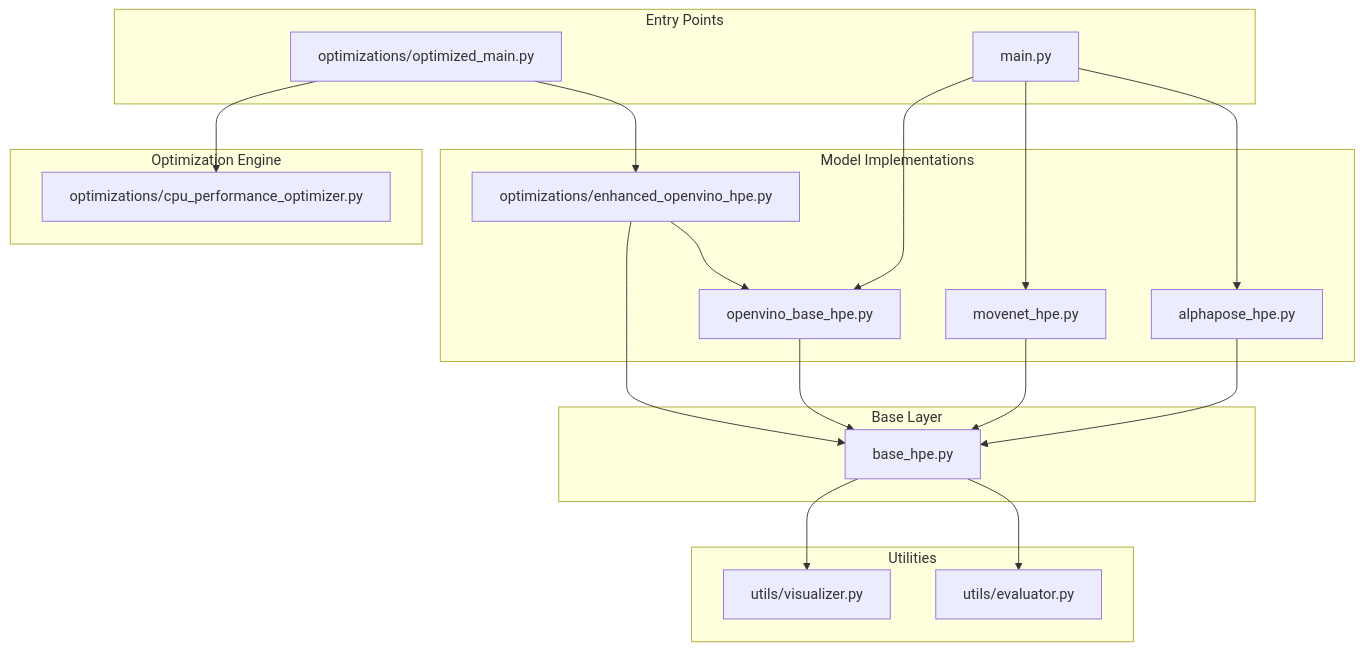
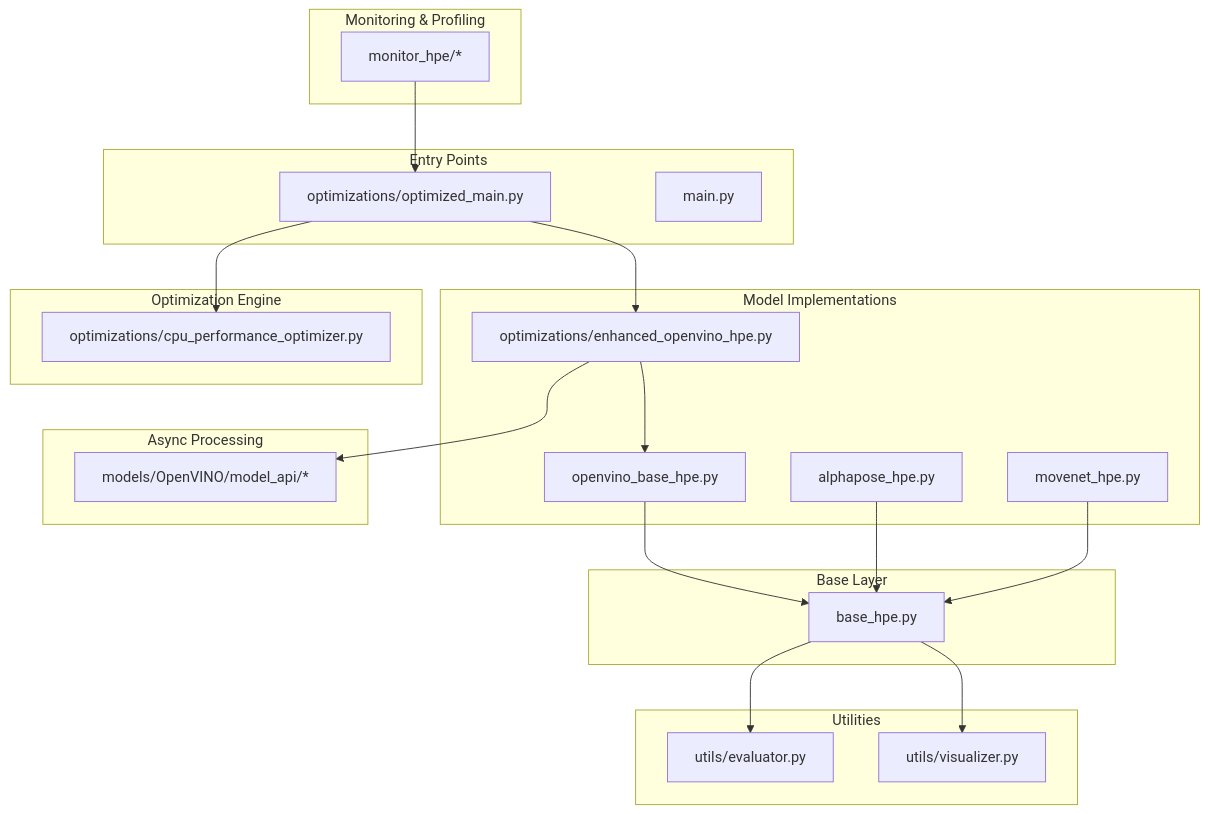
One commit to Fogus-Gr/MeasurementsDTs changed the first of 10 diagrams in .qoder/repowiki/en/content/Performance Optimization/Model Optimization.md. Above: the diagram before and after it, drawn with Mermaid. The commit also changed other lines of this file and 14 other files, not shown here.

````diff
--- a/.qoder/repowiki/en/content/Performance Optimization/Model Optimization.md
+++ b/.qoder/repowiki/en/content/Performance Optimization/Model Optimization.md
@@ -41,35 +56,39 @@
 ```mermaid
 graph TB
 subgraph "Entry Points"
 OM["optimizations/optimized_main.py"]
 MM["main.py"]
 end
 subgraph "Base Layer"
 BH["base_hpe.py"]
 end
 subgraph "Model Implementations"
 AP["alphapose_hpe.py"]
 MN["movenet_hpe.py"]
 OV["openvino_base_hpe.py"]
 EOH["optimizations/enhanced_openvino_hpe.py"]
 end
 subgraph "Optimization Engine"
 CPU["optimizations/cpu_performance_optimizer.py"]
 end
+subgraph "Async Processing"
+API["models/OpenVINO/model_api/*"]
+end
+subgraph "Monitoring & Profiling"
+MON["monitor_hpe/*"]
+end
 subgraph "Utilities"
 EV["utils/evaluator.py"]
 VL["utils/visualizer.py"]
 end
 OM --> EOH
 OM --> CPU
 EOH --> OV
-MM --> AP
-MM --> MN
-MM --> OV
+EOH --> API
 OV --> BH
 AP --> BH
 MN --> BH
-EOH --> BH
+MON --> OM
 BH --> EV
 BH --> VL
 ```
````
